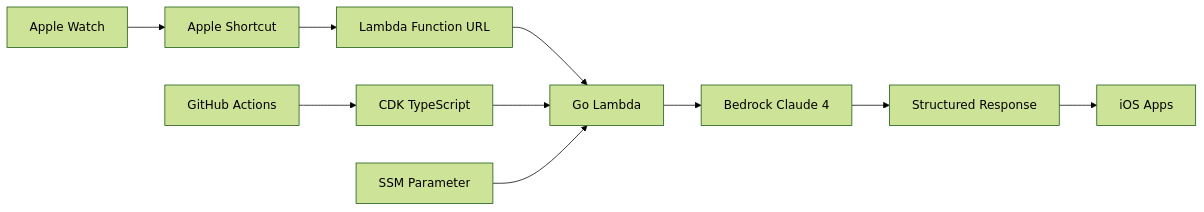
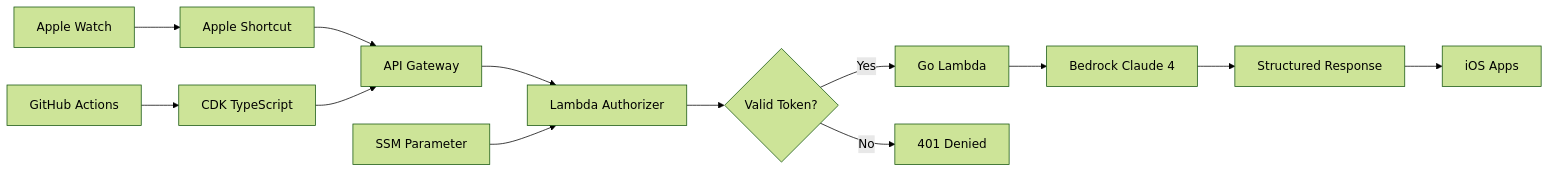
The diagram in README.md (Stealinglight/wrist-agent), drawn with Mermaid (forest theme) before and after one commit. The commit also changed other lines of this file and 11 other files, not shown here.

First line of the commit message:
feat: replace Lambda Function URL with API Gateway + Lambda Authorizer

````diff
--- a/README.md
+++ b/README.md
@@ -23,13 +23,16 @@
 ```mermaid
 graph LR
     A[Apple Watch] --> B[Apple Shortcut]
-    B --> C[Lambda Function URL]
-    C --> D[Go Lambda]
-    D --> E[Bedrock Claude 4]
-    E --> F[Structured Response]
-    F --> G[iOS Apps]
+    B --> C[API Gateway]
+    C --> D[Lambda Authorizer]
+    D --> E{Valid Token?}
+    E -->|Yes| F[Go Lambda]
+    E -->|No| G[401 Denied]
+    F --> H[Bedrock Claude 4]
+    H --> I[Structured Response]
+    I --> J[iOS Apps]
 
-    H[CDK TypeScript] --> D
-    I[GitHub Actions] --> H
-    J[SSM Parameter] --> D
+    K[SSM Parameter] --> D
+    L[CDK TypeScript] --> C
+    M[GitHub Actions] --> L
 ```
````
